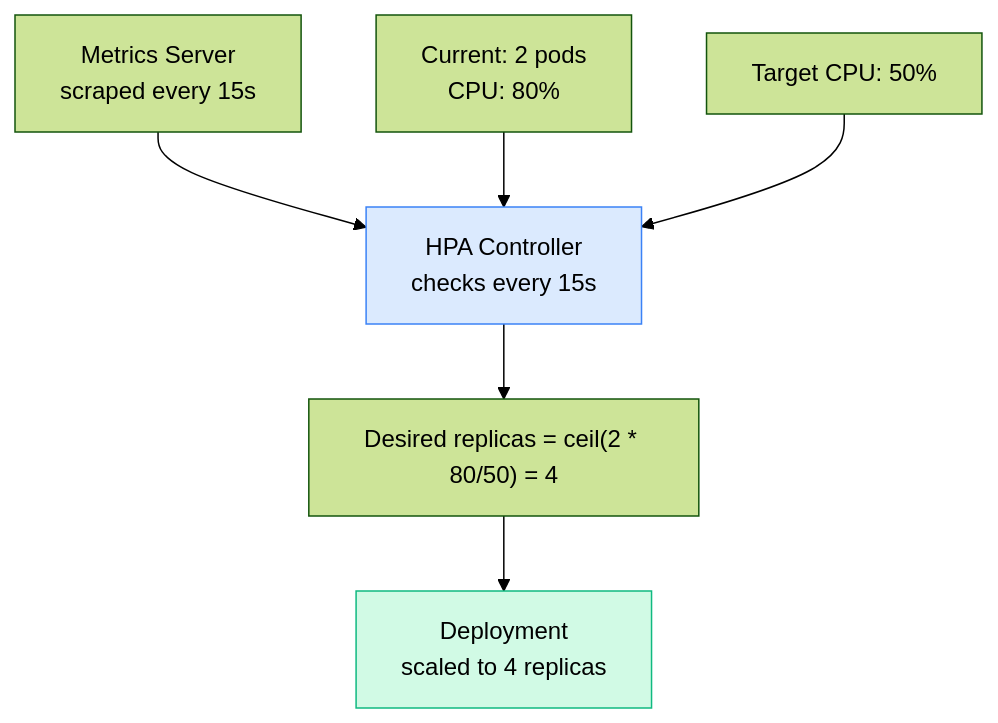
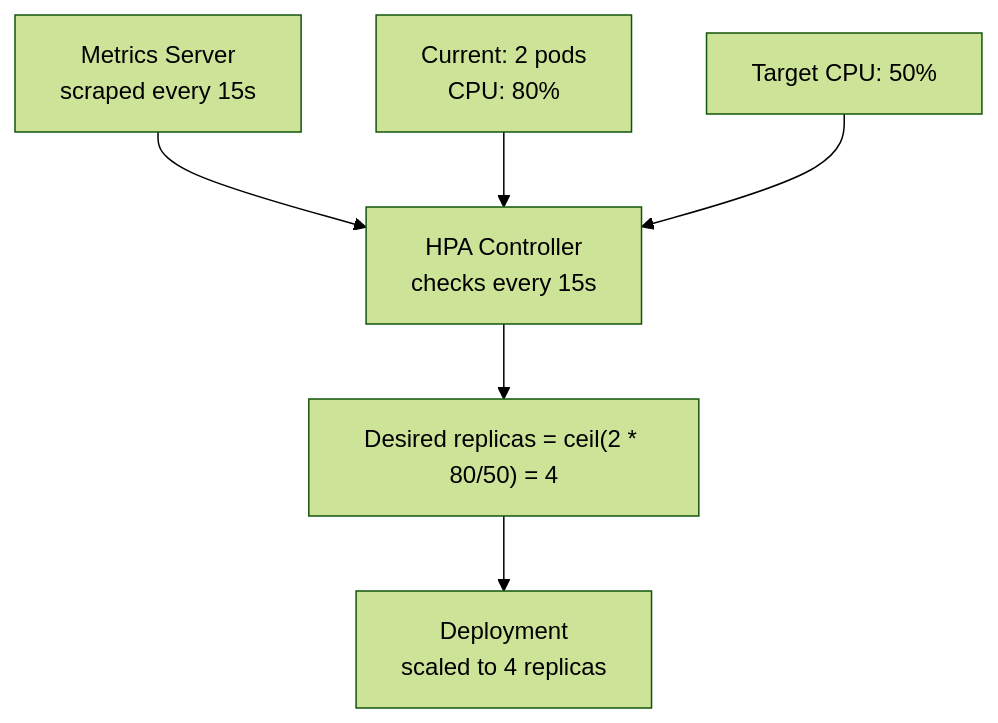
One commit to Gautam4424/k8slearn-content changed the first of 3 diagrams in content/cka/06-workload-autoscaling-hpa-vpa-cluster-autoscaler/overview/overview.md. Above: the diagram before and after it, drawn with Mermaid (forest theme). The commit also changed other lines of this file and 40 other files, not shown here.

Commit message:
chore: fix mermaid style regex

````diff
--- a/content/cka/06-workload-autoscaling-hpa-vpa-cluster-autoscaler/overview/overview.md
+++ b/content/cka/06-workload-autoscaling-hpa-vpa-cluster-autoscaler/overview/overview.md
@@ -23,17 +23,14 @@
 ```mermaid
 flowchart TD
     MS["Metrics Server\nscraped every 15s"]
     HPA["HPA Controller\nchecks every 15s"]
     CURR["Current: 2 pods\nCPU: 80%"]
     TARGET["Target CPU: 50%"]
     CALC["Desired replicas = ceil(2 * 80/50) = 4"]
     DEPLOY["Deployment\nscaled to 4 replicas"]
 
     MS --> HPA
     CURR --> HPA
     TARGET --> HPA
     HPA --> CALC --> DEPLOY
-
-    style HPA fill:#dbeafe,stroke:#3b82f6
-    style DEPLOY fill:#d1fae5,stroke:#10b981
 ```
````
